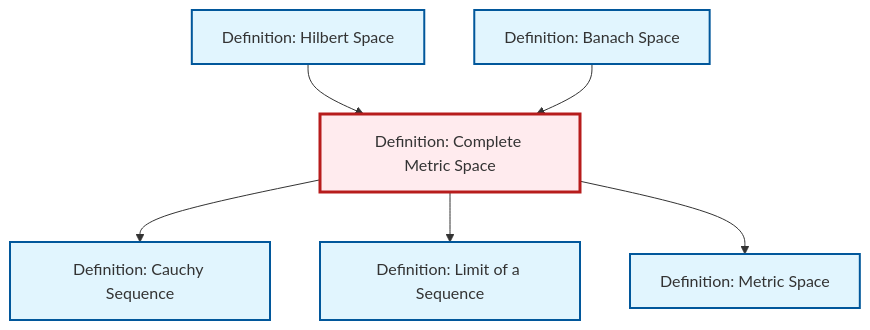
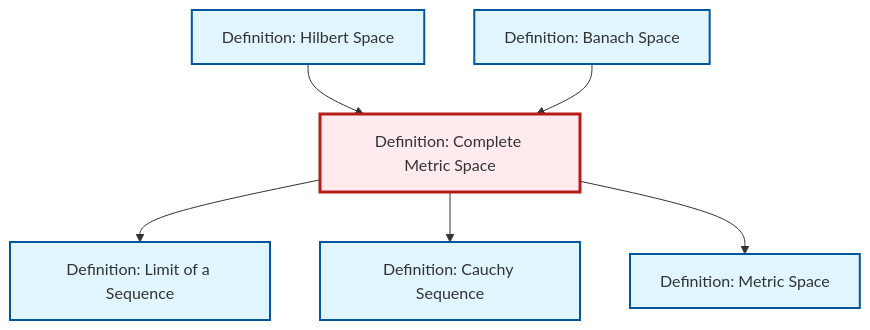
One commit to RK0429/ModernMath changed the diagram in content/en/analysis/def-complete-metric-space.qmd. Above: the diagram before and after it, drawn with Mermaid. The commit also changed other lines of this file and 619 other files, not shown here.

````diff
--- a/content/en/analysis/def-complete-metric-space.qmd
+++ b/content/en/analysis/def-complete-metric-space.qmd
@@ -53,26 +53,26 @@
 ```{mermaid}
 %%| fig-cap: "Local dependency graph"
 graph TD
     classDef definition fill:#e1f5fe,stroke:#01579b,stroke-width:2px
     classDef theorem fill:#f3e5f5,stroke:#4a148c,stroke-width:2px
     classDef axiom fill:#fff3e0,stroke:#e65100,stroke-width:2px
     classDef example fill:#e8f5e9,stroke:#1b5e20,stroke-width:2px
     classDef current fill:#ffebee,stroke:#b71c1c,stroke-width:3px
     def-complete-metric-space["Definition: Complete Metric Space"]:::definition
     def-metric-space["Definition: Metric Space"]:::definition
+    def-cauchy-sequence["Definition: Cauchy Sequence"]:::definition
     def-banach-space["Definition: Banach Space"]:::definition
-    def-cauchy-sequence["Definition: Cauchy Sequence"]:::definition
     def-limit["Definition: Limit of a Sequence"]:::definition
     def-hilbert-space["Definition: Hilbert Space"]:::definition
+    def-hilbert-space --> def-complete-metric-space
+    def-complete-metric-space --> def-limit
+    def-banach-space --> def-complete-metric-space
     def-complete-metric-space --> def-cauchy-sequence
-    def-hilbert-space --> def-complete-metric-space
-    def-banach-space --> def-complete-metric-space
-    def-complete-metric-space --> def-limit
     def-complete-metric-space --> def-metric-space
     class def-complete-metric-space current
     click def-metric-space "def-metric-space.html" "Go to Metric Space definition"
+    click def-cauchy-sequence "def-cauchy-sequence.html" "Go to Cauchy Sequence definition"
     click def-banach-space "def-banach-space.html" "Go to Banach Space definition"
-    click def-cauchy-sequence "def-cauchy-sequence.html" "Go to Cauchy Sequence definition"
     click def-limit "def-limit.html" "Go to Limit of a Sequence definition"
     click def-hilbert-space "def-hilbert-space.html" "Go to Hilbert Space definition"
 ```
````
